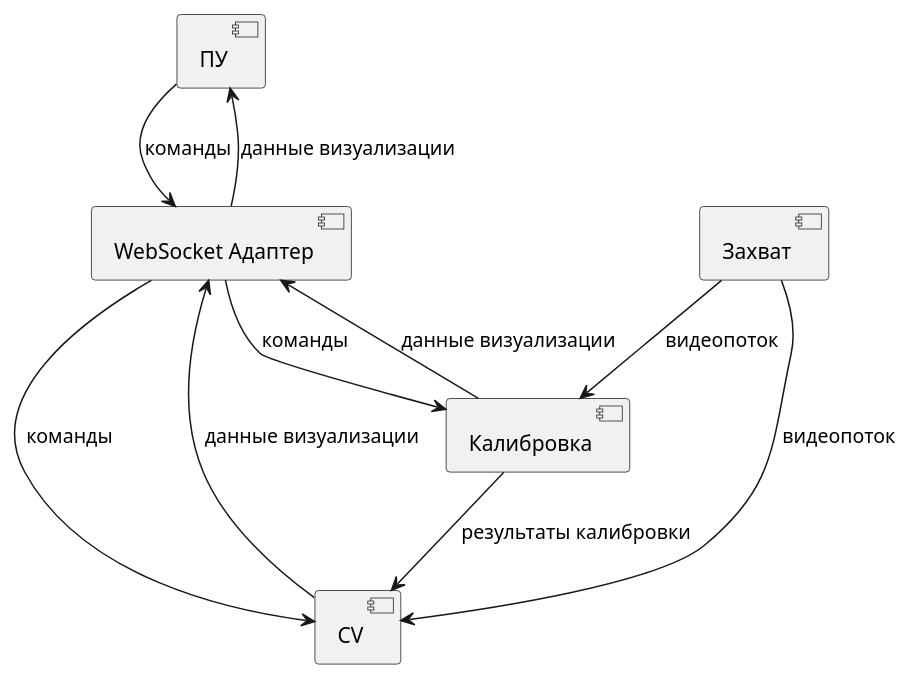
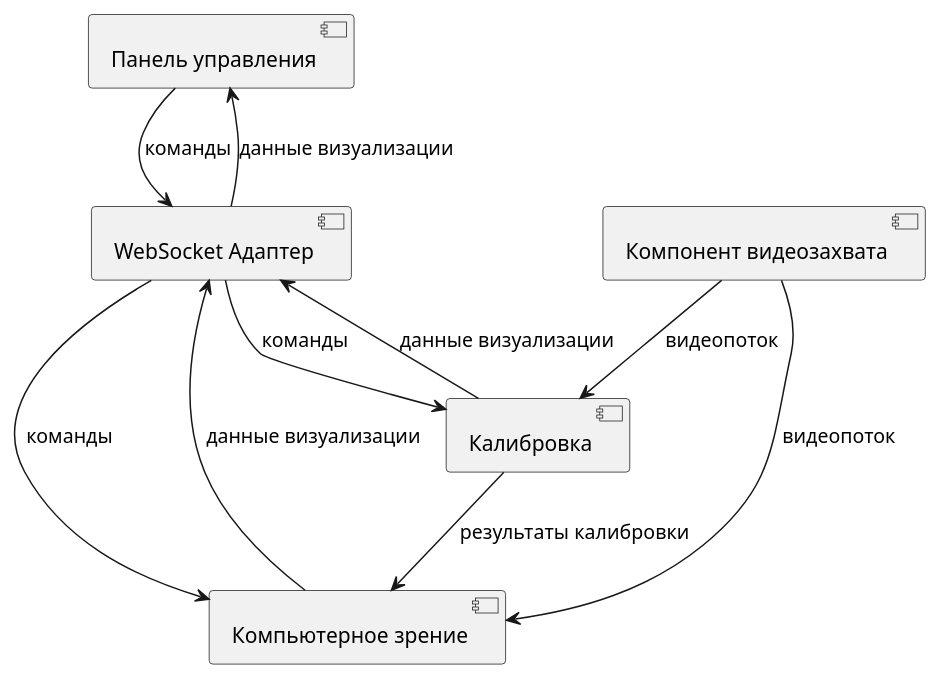
One commit to dimarick/embedded_cv changed the diagram in components.puml. Above: the diagram before and after it, drawn with PlantUML.

Commit message:
Диаграмма компонентов

```diff
--- a/components.puml
+++ b/components.puml
@@ -1,23 +1,23 @@
 @startuml
 skinparam componentStyle uml2
 
-component "ПУ" as UI
+component "Панель управления" as UI
 component "WebSocket Адаптер" as WS
 component "Калибровка" as CALIB
-component "Захват" as CAPTURE
-component "CV" as CV
+component "Компонент видеозахвата" as CAPTURE
+component "Компьютерное зрение" as CV
 
 UI --> WS : команды
 WS --> UI : данные визуализации
 
 WS --> CALIB : команды
 CALIB --> WS : данные визуализации
 
 WS --> CV : команды
 CV --> WS : данные визуализации
 
 CAPTURE --> CALIB : видеопоток
 CAPTURE --> CV : видеопоток
 CALIB --> CV : результаты калибровки
 
 @enduml
```
